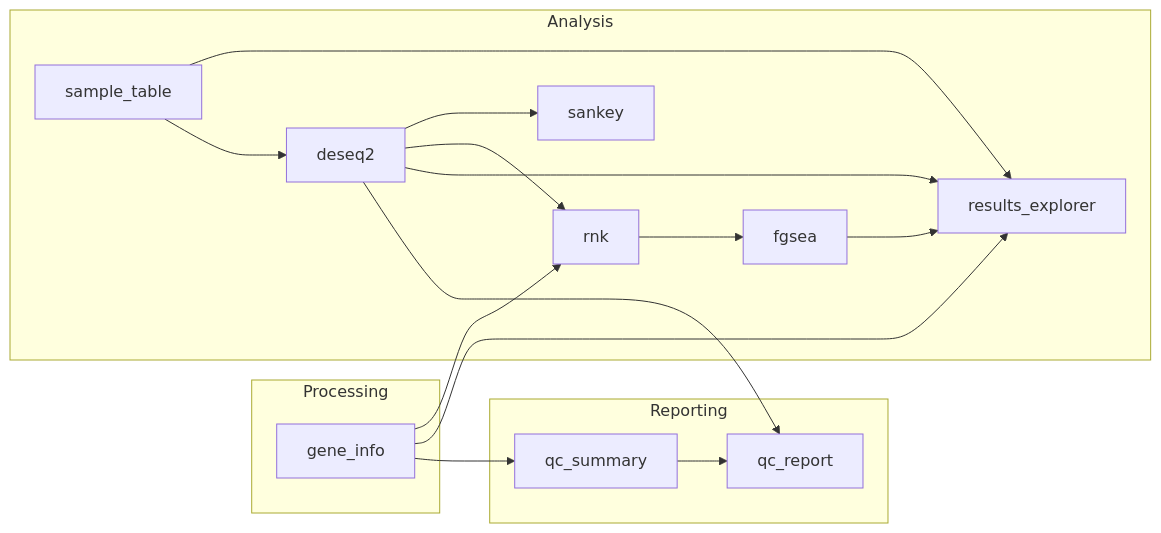
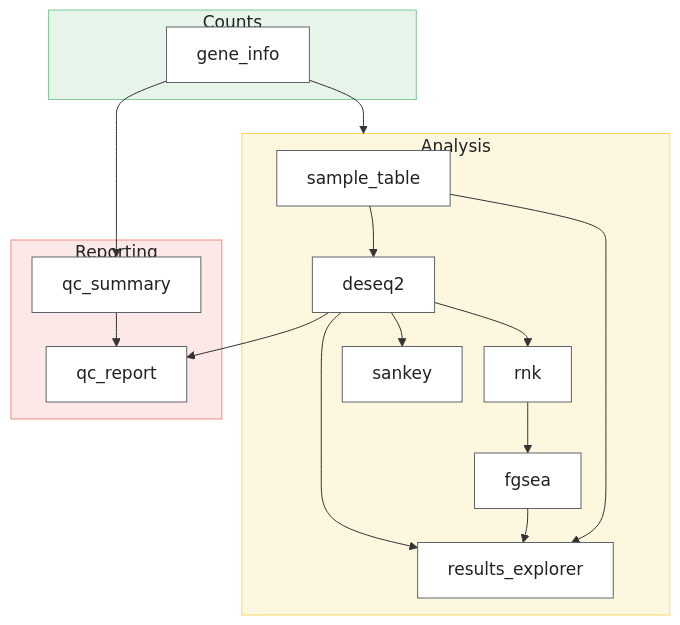
The diagram in docs/img/dag_analysis.mmd (jpflores-13/TTpipe), drawn with Mermaid before and after one commit. The commit also changed 14 other files, not shown here.

Commit message:
Docs: drop tested/untested warnings; restyle rule graphs; fixture list and references

```diff
--- a/docs/img/dag_analysis.mmd
+++ b/docs/img/dag_analysis.mmd
@@ -1,29 +1,35 @@
 %% Analysis only (run_processing: false): generated by scripts/make_dag.py from `snakemake --rulegraph`; do not edit
-flowchart LR
-  subgraph Processing["Processing"]
+%%{init: {"themeVariables": {"fontSize": "17px"}, "flowchart": {"curve": "basis", "nodeSpacing": 22, "rankSpacing": 34}}}%%
+flowchart TB
+  subgraph stage_counts["Counts"]
     gene_info[gene_info]
   end
-  subgraph Analysis["Analysis"]
+  subgraph stage_analysis["Analysis"]
     sample_table[sample_table]
     deseq2[deseq2]
+    rnk[rnk]
+    fgsea[fgsea]
+    results_explorer[results_explorer]
     sankey[sankey]
-    fgsea[fgsea]
-    rnk[rnk]
-    results_explorer[results_explorer]
   end
-  subgraph Reporting["Reporting"]
+  subgraph stage_reporting["Reporting"]
+    qc_summary[qc_summary]
     qc_report[qc_report]
-    qc_summary[qc_summary]
   end
   deseq2 --> qc_report
   deseq2 --> results_explorer
   deseq2 --> rnk
   deseq2 --> sankey
   fgsea --> results_explorer
   gene_info --> qc_summary
-  gene_info --> results_explorer
-  gene_info --> rnk
+  gene_info --> stage_analysis
   qc_summary --> qc_report
   rnk --> fgsea
   sample_table --> deseq2
   sample_table --> results_explorer
+  stage_analysis ~~~ stage_reporting
+  classDef rule fill:#ffffff,stroke:#5f6368,color:#202124,stroke-width:1px
+  class gene_info,qc_summary,sample_table,deseq2,qc_report,rnk,fgsea,results_explorer,sankey rule
+  style stage_counts fill:#e6f4ea,stroke:#81c995,color:#202124
+  style stage_analysis fill:#fef7e0,stroke:#fdd663,color:#202124
+  style stage_reporting fill:#fce8e6,stroke:#f28b82,color:#202124
```
